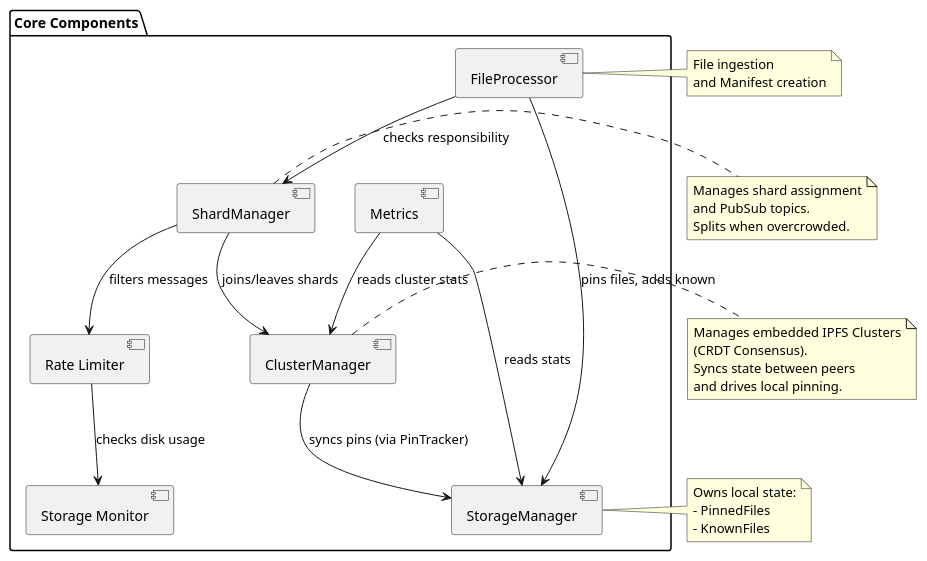
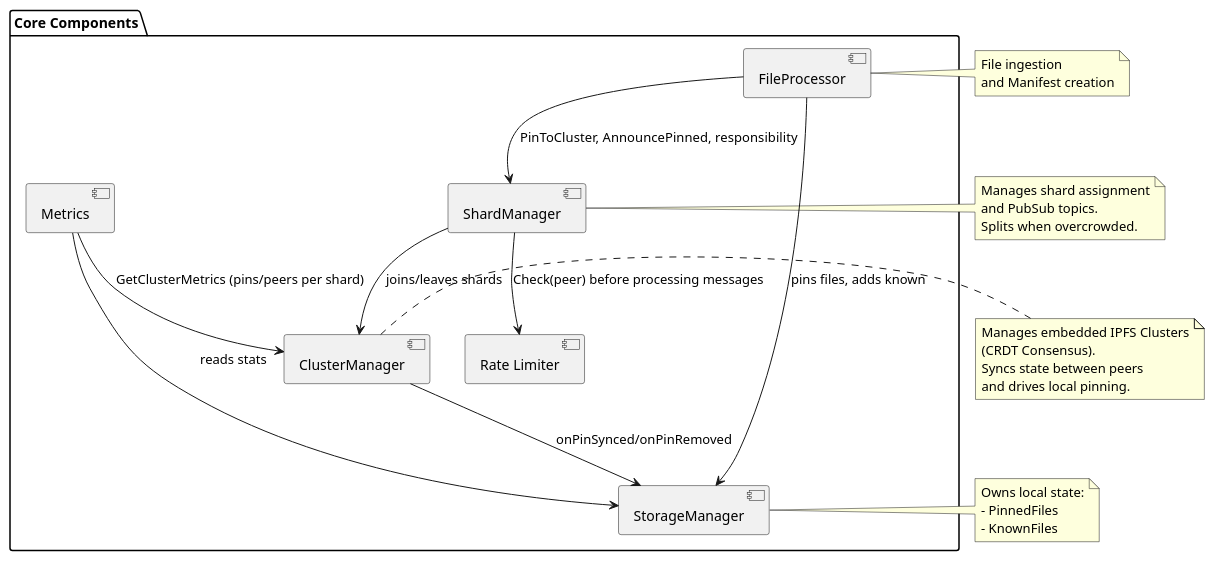
One commit to gipplab/D-LOCKSS changed the diagram in docs/component_diagram.puml. Above: the diagram before and after it, drawn with PlantUML. The commit also changed 22 other files, not shown here.

```diff
--- a/docs/component_diagram.puml
+++ b/docs/component_diagram.puml
@@ -1,46 +1,44 @@
 @startuml D-LOCKSS Component Diagram
 
 package "Core Components" {
     component "ShardManager" as ShardManager
     component "ClusterManager" as ClusterManager
     component "StorageManager" as StorageManager
     component "FileProcessor" as FileProcessor
     component Metrics
     component "Rate Limiter" as RateLimiter
-    component "Storage Monitor" as StorageMonitor
 }
 
 ShardManager --> ClusterManager : joins/leaves shards
-ClusterManager --> StorageManager : syncs pins (via PinTracker)
+ClusterManager --> StorageManager : onPinSynced/onPinRemoved
 FileProcessor --> StorageManager : pins files, adds known
-FileProcessor --> ShardManager : checks responsibility
-ShardManager --> RateLimiter : filters messages
-RateLimiter --> StorageMonitor : checks disk usage
+FileProcessor --> ShardManager : PinToCluster, AnnouncePinned, responsibility
+ShardManager --> RateLimiter : Check(peer) before processing messages
 Metrics --> StorageManager : reads stats
-Metrics --> ClusterManager : reads cluster stats
+Metrics --> ClusterManager : GetClusterMetrics (pins/peers per shard)
 
 note right of ShardManager
     Manages shard assignment
     and PubSub topics.
     Splits when overcrowded.
 end note
 
 note right of ClusterManager
     Manages embedded IPFS Clusters
     (CRDT Consensus).
     Syncs state between peers
     and drives local pinning.
 end note
 
 note right of StorageManager
     Owns local state:
     - PinnedFiles
     - KnownFiles
 end note
 
 note right of FileProcessor
     File ingestion
     and Manifest creation
 end note
 
 @enduml
```
